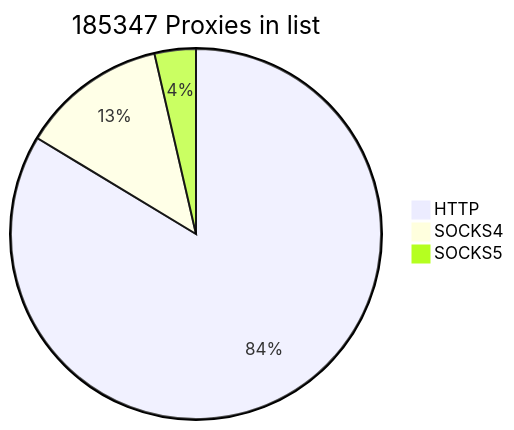
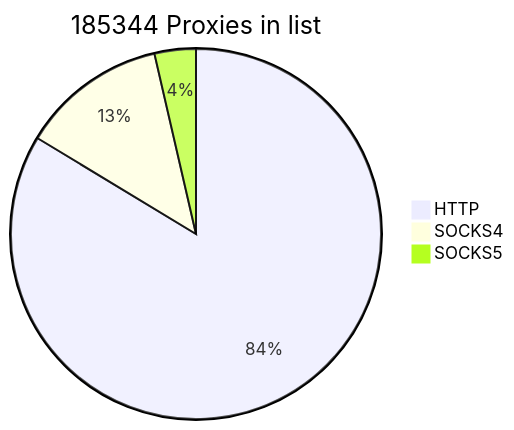
One commit to cutipu/proxylist changed the first of 2 diagrams in README.md. Above: the diagram before and after it, drawn with Mermaid. The commit also changed other lines of this file, not shown here.

````diff
--- a/README.md
+++ b/README.md
@@ -2,7 +2,7 @@
 ```mermaid
-pie title 185347 Proxies in list
+pie title 185344 Proxies in list
     "HTTP" : 155053
-    "SOCKS4" : 23610
+    "SOCKS4" : 23607
     "SOCKS5" : 6684
             
 ```
````
